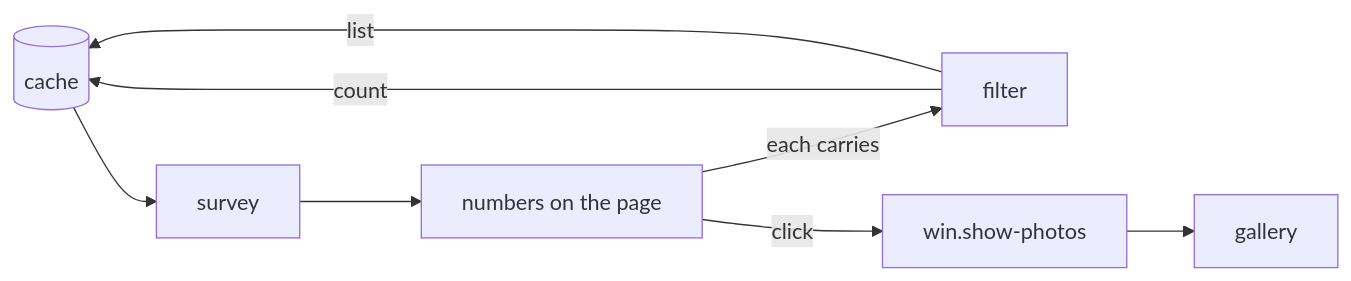
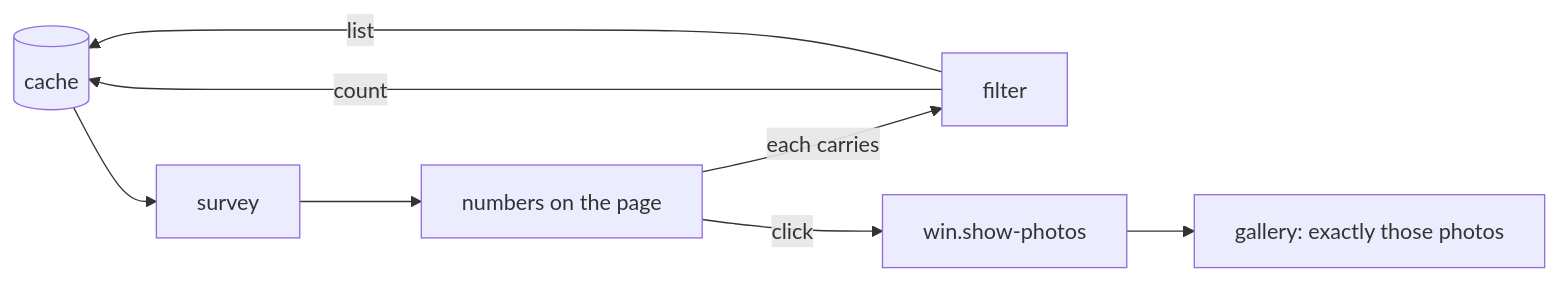
One commit to xuedi/photoManager changed the diagram in docs/dashboard.md. Above: the diagram before and after it, drawn with Mermaid. The commit also changed other lines of this file and 4 other files, not shown here.

````diff
--- a/docs/dashboard.md
+++ b/docs/dashboard.md
@@ -61,10 +68,10 @@
 ```mermaid
 flowchart LR
     cache[(cache)] --> survey
     survey --> numbers[numbers on the page]
     numbers -- each carries --> filter
     filter -- count --> cache
     filter -- list --> cache
     numbers -- click --> action[win.show-photos]
-    action --> gallery
+    action --> gallery[gallery: exactly those photos]
 ```
````
